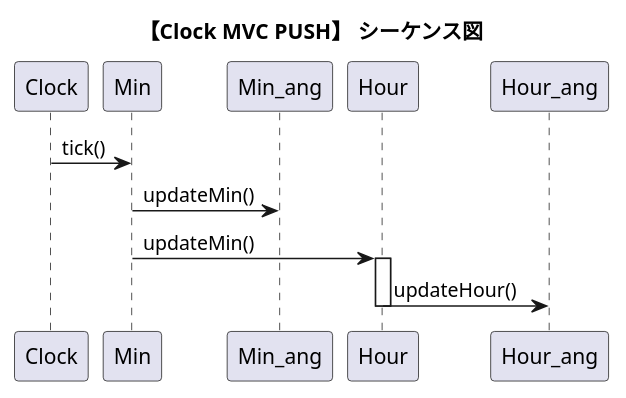
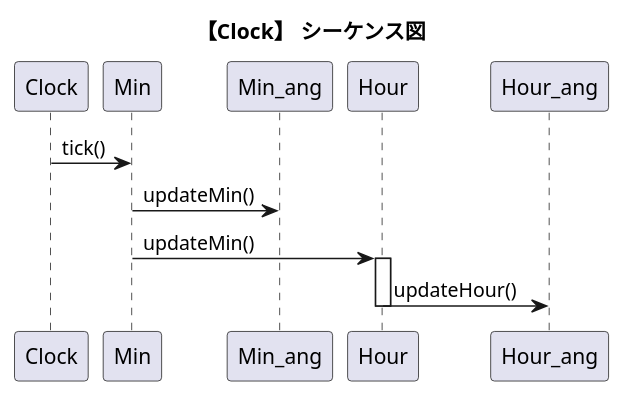
Before and after one commit to nitta-lab/TwoStagesModelingExperiments: the diagram in puml/sequences/clock_sequence_push.puml, drawn with PlantUML. The commit also changed 3 other files, not shown here.

Commit message:
クラス図一時コミット

```diff
--- a/puml/sequences/clock_sequence_push.puml
+++ b/puml/sequences/clock_sequence_push.puml
@@ -1,13 +1,13 @@
 @startuml
-title "【Clock MVC PUSH】 シーケンス図"
+title "【Clock】 シーケンス図"
 
 Clock -> Min : tick()
 
 Min -> Min_ang : updateMin()
 
 Min -> Hour : updateMin()
 activate Hour
 Hour -> Hour_ang : updateHour()
 deactivate Hour
 
 @enduml
```
